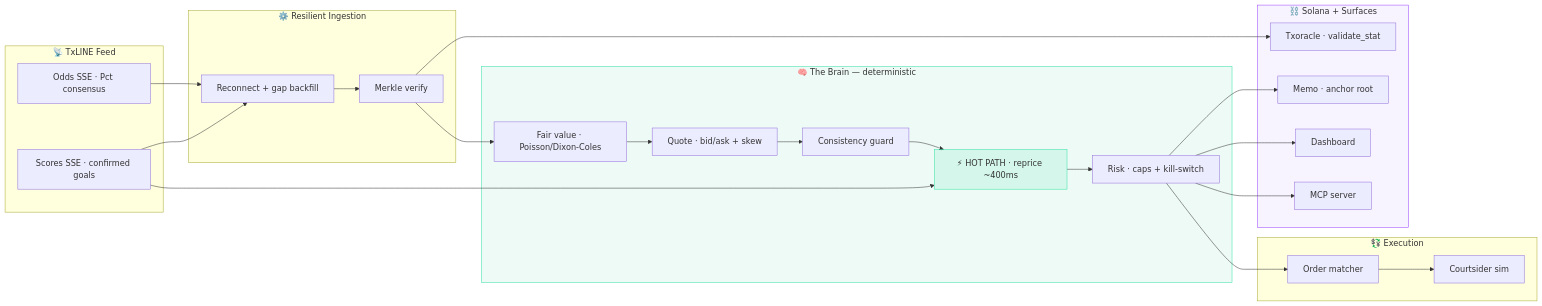
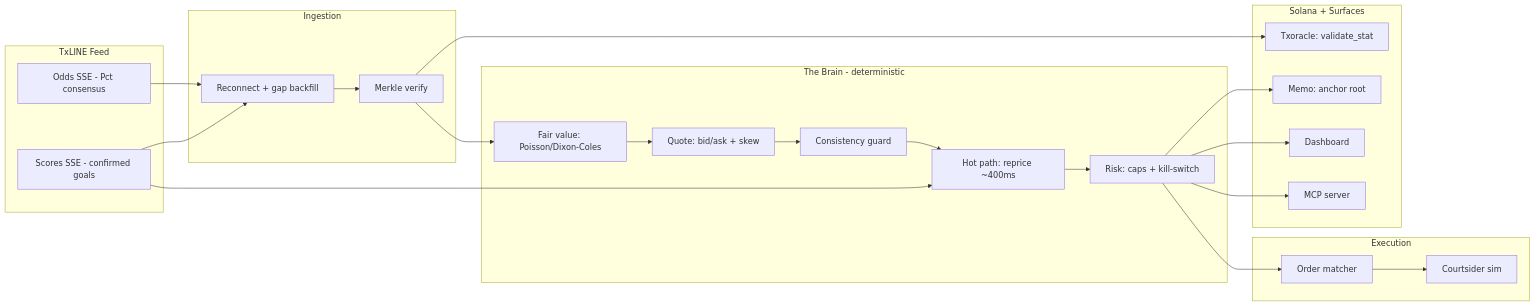
Before and after one commit to Hijanhv/Catenaccio: the first of 2 diagrams in README.md, drawn with Mermaid. The commit also changed other lines of this file and 14 other files, not shown here.

Commit message:
Brighten architecture diagram to match theme; remove marketing tone from README and code comments

````diff
--- a/README.md
+++ b/README.md
@@ -86,39 +56,35 @@
 ```mermaid
 graph LR
-    subgraph Feed["📡 TxLINE Feed"]
-        Odds[Odds SSE · Pct consensus]
-        Scores[Scores SSE · confirmed goals]
+    subgraph Feed["TxLINE Feed"]
+        Odds[Odds SSE - Pct consensus]
+        Scores[Scores SSE - confirmed goals]
     end
-    subgraph Ingest["⚙️ Resilient Ingestion"]
+    subgraph Ingest["Ingestion"]
         SSE[Reconnect + gap backfill]
         Verify[Merkle verify]
     end
-    subgraph Brain["🧠 The Brain — deterministic"]
-        FV[Fair value · Poisson/Dixon-Coles]
-        Q[Quote · bid/ask + skew]
+    subgraph Brain["The Brain - deterministic"]
+        FV[Fair value: Poisson/Dixon-Coles]
+        Q[Quote: bid/ask + skew]
         CG[Consistency guard]
-        HOT["⚡ HOT PATH · reprice ~400ms"]
-        Risk[Risk · caps + kill-switch]
+        HOT[Hot path: reprice ~400ms]
+        Risk[Risk: caps + kill-switch]
     end
-    subgraph Exec["💱 Execution"]
+    subgraph Exec["Execution"]
         Match[Order matcher]
         Court[Courtsider sim]
     end
-    subgraph Chain["⛓️ Solana + Surfaces"]
-        Txo[Txoracle · validate_stat]
-        Memo[Memo · anchor root]
+    subgraph Chain["Solana + Surfaces"]
+        Txo[Txoracle: validate_stat]
+        Memo[Memo: anchor root]
         UI[Dashboard]
         MCP[MCP server]
     end
 
     Odds & Scores --> SSE --> Verify --> FV --> Q --> CG --> HOT --> Risk --> Match
     Scores --> HOT
     Match --> Court
     Risk --> Memo
     Verify --> Txo
     Risk --> UI & MCP
-
-    style Brain fill:#10B98112,stroke:#36E2A6
-    style Chain fill:#8B5CF612,stroke:#9945FF
-    style HOT fill:#36E2A622,stroke:#36E2A6
 ```
````
